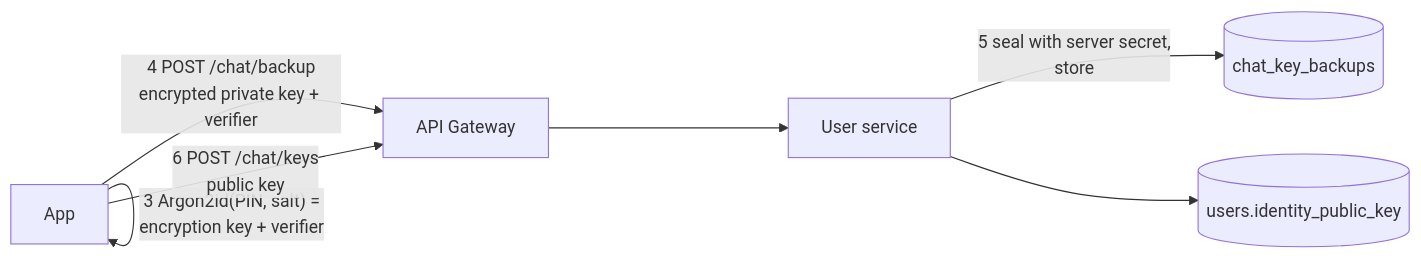
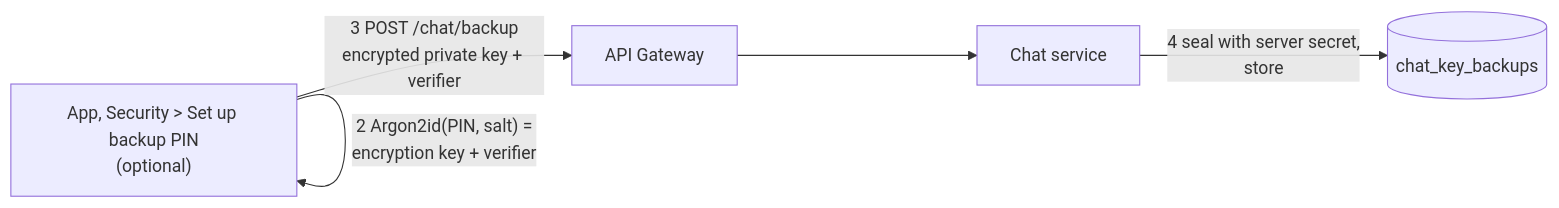
One commit to GenieKH/GenieBackend changed diagram 13 of 17 in docs/SYSTEM_DESIGN.md. Above: the diagram before and after it, drawn with Mermaid. The commit also changed other lines of this file, not shown here.

Commit message:
docs(system-design): describe chat keys made at sign-in and the optional PIN

````diff
--- a/docs/SYSTEM_DESIGN.md
+++ b/docs/SYSTEM_DESIGN.md
@@ -292,11 +300,8 @@
 ```mermaid
 flowchart LR
-    C["App"] -->|"1 generate identity key pair<br/>(libsodium, on device)"| C
-    C -->|"2 ask for 6-digit PIN<br/>(weak PINs refused)"| C
-    C -->|"3 Argon2id(PIN, salt) =<br/>encryption key + verifier"| C
-    C -->|"4 POST /chat/backup<br/>encrypted private key + verifier"| G["API Gateway"]
-    G --> U["User service"]
-    U -->|"5 seal with server secret,<br/>store"| DB[("chat_key_backups")]
-    C -->|"6 POST /chat/keys<br/>public key"| G
-    U --> DB2[("users.identity_public_key")]
+    C["App, Security > Set up backup PIN<br/>(optional)"] -->|"1 ask for 6-digit PIN<br/>(weak PINs refused)"| C
+    C -->|"2 Argon2id(PIN, salt) =<br/>encryption key + verifier"| C
+    C -->|"3 POST /chat/backup<br/>encrypted private key + verifier"| G["API Gateway"]
+    G --> U["Chat service"]
+    U -->|"4 seal with server secret,<br/>store"| DB[("chat_key_backups")]
 ```
````
